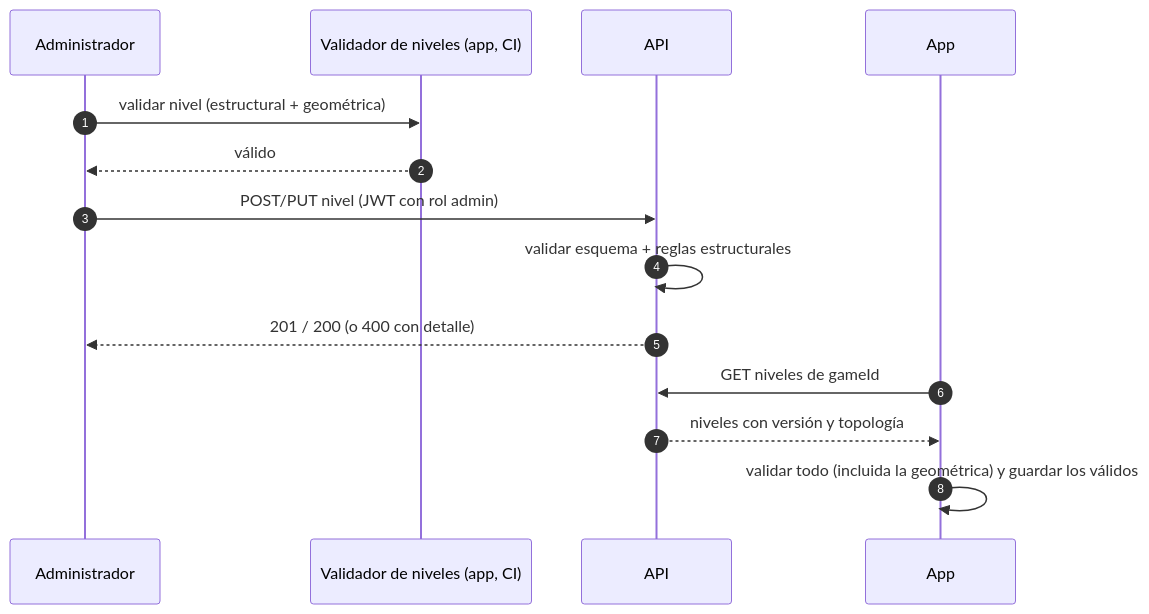
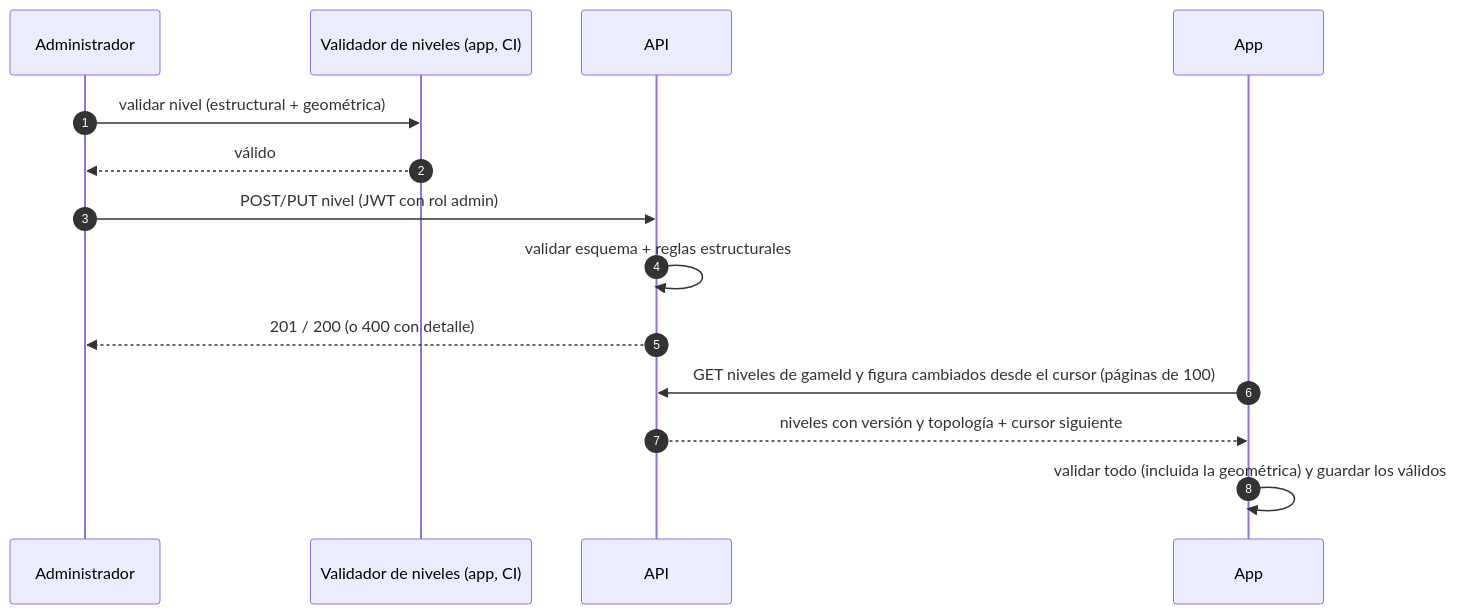
One commit to DanielHaro28/hexablock-api changed the fifth of 5 diagrams in docs/architecture/ARQ-00-SISTEMA.md. Above: the diagram before and after it, drawn with Mermaid. The commit also changed other lines of this file and 37 other files, not shown here.

First line of the commit message:
docs(contracts): add openapi contract, json schemas and data models (#5)

````diff
--- a/docs/architecture/ARQ-00-SISTEMA.md
+++ b/docs/architecture/ARQ-00-SISTEMA.md
@@ -141,16 +141,16 @@
 ```mermaid
 sequenceDiagram
     autonumber
     participant ADM as Administrador
     participant VAL as Validador de niveles (app, CI)
     participant API as API
     participant APP as App
     ADM->>VAL: validar nivel (estructural + geométrica)
     VAL-->>ADM: válido
     ADM->>API: POST/PUT nivel (JWT con rol admin)
     API->>API: validar esquema + reglas estructurales
     API-->>ADM: 201 / 200 (o 400 con detalle)
-    APP->>API: GET niveles de gameId
-    API-->>APP: niveles con versión y topología
+    APP->>API: GET niveles de gameId y figura cambiados desde el cursor (páginas de 100)
+    API-->>APP: niveles con versión y topología + cursor siguiente
     APP->>APP: validar todo (incluida la geométrica) y guardar los válidos
 ```
````
